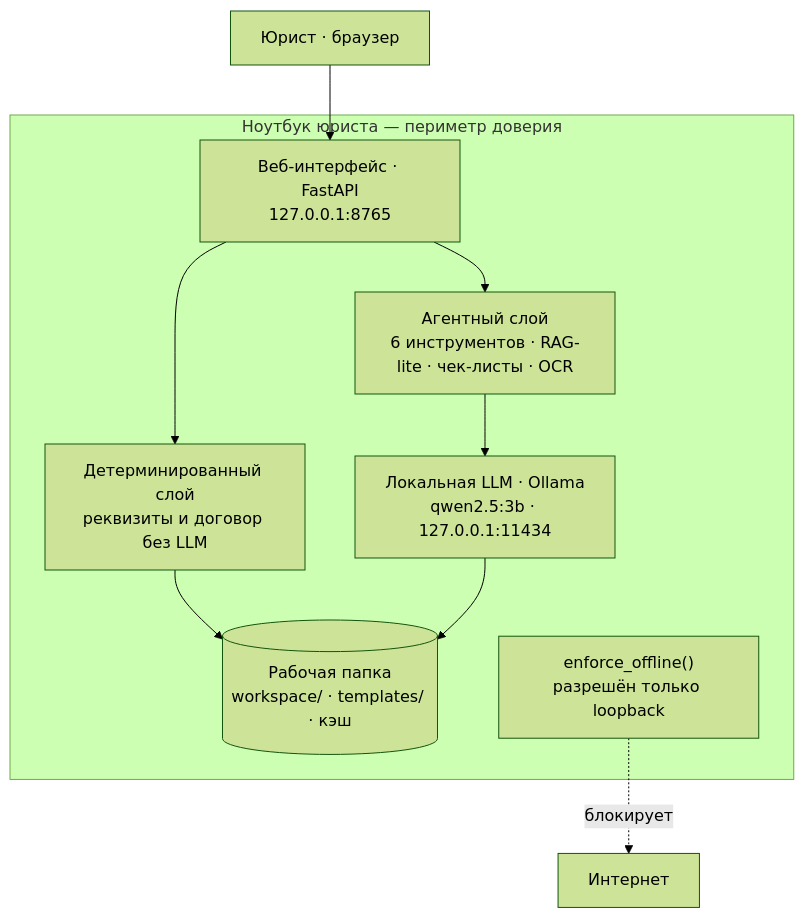
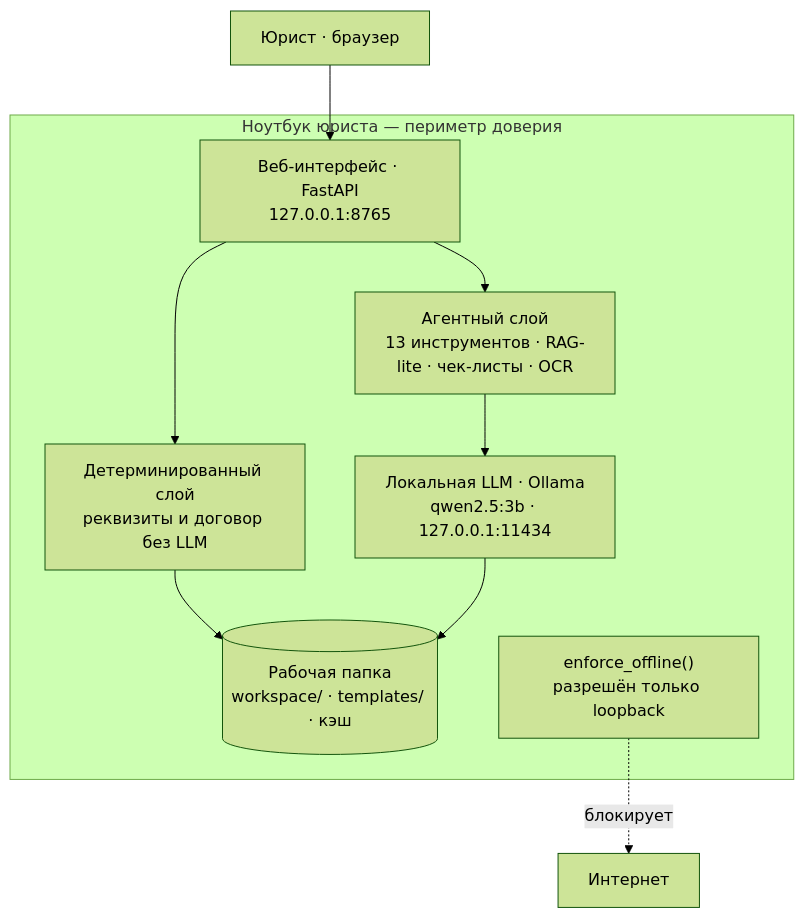
One commit to workihi53-max/lexlock changed the diagram in docs/08 Схема продукта.md. Above: the diagram before and after it, drawn with Mermaid (forest theme). The commit also changed other lines of this file and 13 other files, not shown here.

First line of the commit message:
fix: чек-лист без ложных '100%', OCR не портит цифры, RAG-стемминг по 4 буквам; синхронизация SPEC/docs

````diff
--- a/docs/08 Схема продукта.md
+++ b/docs/08 Схема продукта.md
@@ -35,18 +35,18 @@
 ```mermaid
 flowchart TD
     U["Юрист · браузер"] --> WEB["Веб-интерфейс · FastAPI\n127.0.0.1:8765"]
     WEB --> DET["Детерминированный слой\nреквизиты и договор без LLM"]
-    WEB --> AG["Агентный слой\n6 инструментов · RAG-lite · чек-листы · OCR"]
+    WEB --> AG["Агентный слой\n13 инструментов · RAG-lite · чек-листы · OCR"]
     DET --> FILES[("Рабочая папка\nworkspace/ · templates/ · кэш")]
     AG --> LLM["Локальная LLM · Ollama\nqwen2.5:3b · 127.0.0.1:11434"]
     LLM --> FILES
     subgraph LAPTOP["Ноутбук юриста — периметр доверия"]
         WEB
         DET
         AG
         LLM
         FILES
         OFF["enforce_offline()\nразрешён только loopback"]
     end
     OFF -. "блокирует" .-> NET["Интернет"]
 ```
````
